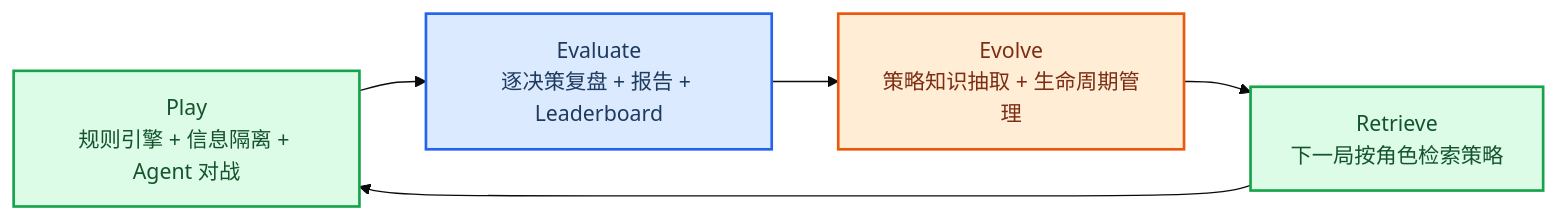
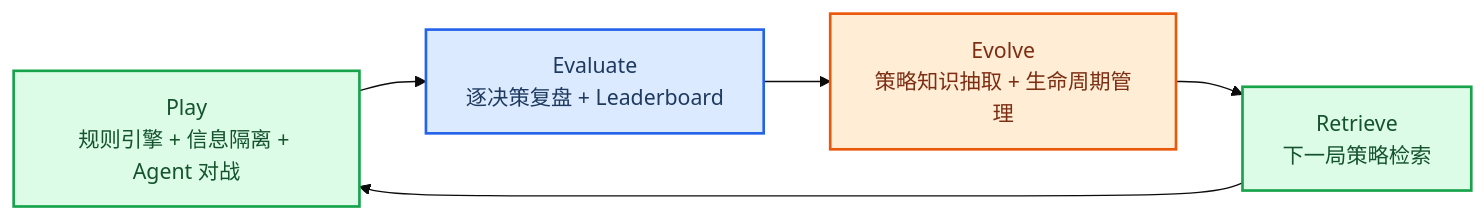
Before and after one commit to NULL-mat/LLM-based-AI-Werewolf-Game: the first of 2 diagrams in docs/FINAL_SHOWCASE_REPORT.md, drawn with Mermaid (base theme). The commit also changed other lines of this file and 32 other files, not shown here.

````diff
--- a/docs/FINAL_SHOWCASE_REPORT.md
+++ b/docs/FINAL_SHOWCASE_REPORT.md
@@ -12,23 +10,23 @@
 ```mermaid
 flowchart LR
-    accTitle: Play Evaluate Evolve Showcase
-    accDescr: Showcase flow from playable Werewolf games to post-game review, strategy knowledge extraction and strategy retrieval in the next game.
+    accTitle: Play Evaluate Evolve
+    accDescr: AI Werewolf turns playable Werewolf games into post-game evaluation and reusable strategy knowledge for later games.
 
     play["Play<br/>规则引擎 + 信息隔离 + Agent 对战"]
-    evaluate["Evaluate<br/>逐决策复盘 + 报告 + Leaderboard"]
+    evaluate["Evaluate<br/>逐决策复盘 + Leaderboard"]
     evolve["Evolve<br/>策略知识抽取 + 生命周期管理"]
-    retrieve["Retrieve<br/>下一局按角色检索策略"]
+    retrieve["Retrieve<br/>下一局策略检索"]
 
     play --> evaluate
     evaluate --> evolve
     evolve --> retrieve
     retrieve --> play
 
     classDef play_style fill:#dcfce7,stroke:#16a34a,stroke-width:2px,color:#14532d
     classDef eval_style fill:#dbeafe,stroke:#2563eb,stroke-width:2px,color:#1e3a5f
     classDef evolve_style fill:#ffedd5,stroke:#ea580c,stroke-width:2px,color:#7c2d12
 
     class play,retrieve play_style
     class evaluate eval_style
     class evolve evolve_style
 ```
````
